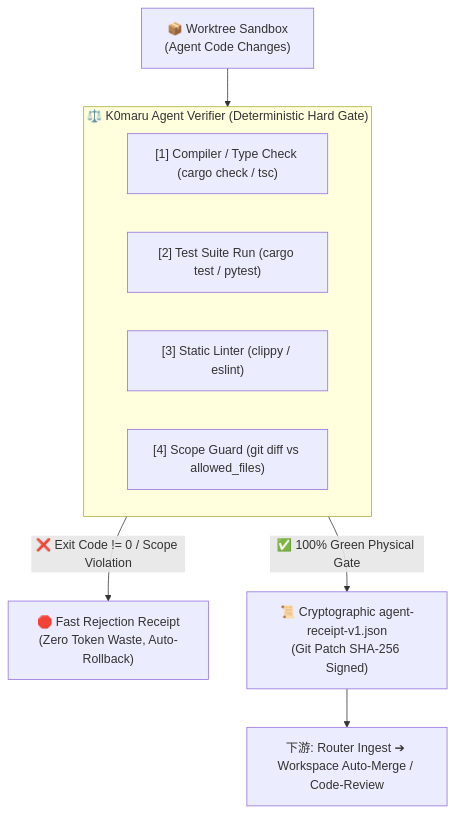
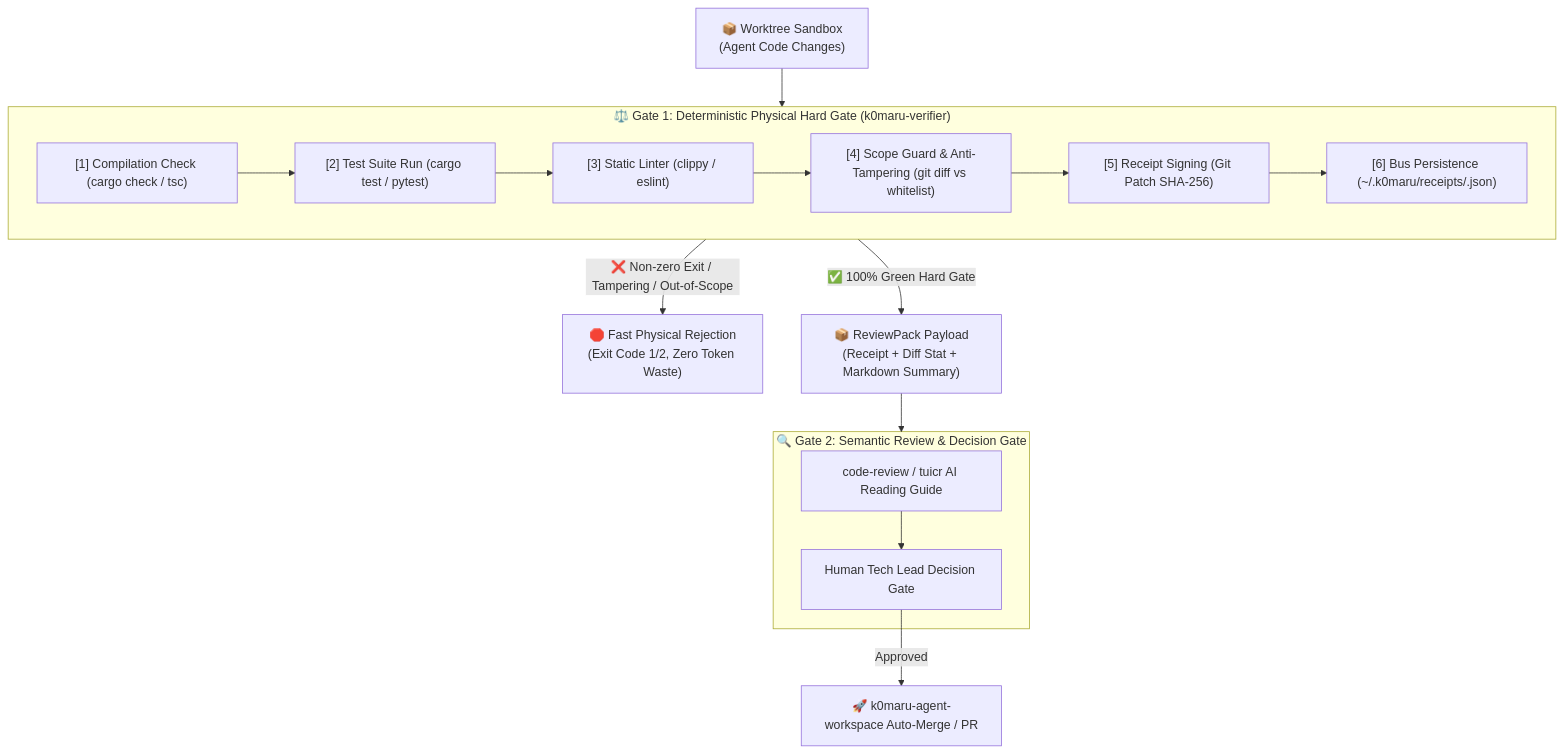
The diagram in README.md (K0maru/k0maru-agent-verifier), drawn with Mermaid before and after one commit. The commit also changed other lines of this file and 2 other files, not shown here.

First line of the commit message:
docs: synchronize READMEs with flattened CLI, ReviewPack, and test oracle gate

````diff
--- a/README.md
+++ b/README.md
@@ -20,16 +26,27 @@
 ```mermaid
 flowchart TD
-    Sandbox["📦 Worktree Sandbox<br/>(Agent Code Changes)"] --> Verifier
+    Sandbox["📦 Worktree Sandbox<br/>(Agent Code Changes)"] --> Gate1
 
-    subgraph Verifier ["⚖️ K0maru Agent Verifier (Deterministic Hard Gate)"]
-        V_Compile["[1] Compiler / Type Check (cargo check / tsc)"]
+    subgraph Gate1 ["⚖️ Gate 1: Deterministic Physical Hard Gate (k0maru-verifier)"]
+        V_Compile["[1] Compilation Check (cargo check / tsc)"]
         V_Test["[2] Test Suite Run (cargo test / pytest)"]
         V_Lint["[3] Static Linter (clippy / eslint)"]
-        V_Scope["[4] Scope Guard (git diff vs allowed_files)"]
+        V_Scope["[4] Scope Guard & Anti-Tampering (git diff vs whitelist)"]
+        V_Sign["[5] Receipt Signing (Git Patch SHA-256)"]
+        V_Persist["[6] Bus Persistence (~/.k0maru/receipts/<task_id>.json)"]
+
+        V_Compile --> V_Test --> V_Lint --> V_Scope --> V_Sign --> V_Persist
     end
 
-    Verifier -- "❌ Exit Code != 0 / Scope Violation" --> Reject["🛑 Fast Rejection Receipt<br/>(Zero Token Waste, Auto-Rollback)"]
-    Verifier -- "✅ 100% Green Physical Gate" --> Pass["📜 Cryptographic agent-receipt-v1.json<br/>(Git Patch SHA-256 Signed)"]
+    Gate1 -- "❌ Non-zero Exit / Tampering / Out-of-Scope" --> Rejection["🛑 Fast Physical Rejection<br/>(Exit Code 1/2, Zero Token Waste)"]
+    Gate1 -- "✅ 100% Green Hard Gate" --> RP["📦 ReviewPack Payload<br/>(Receipt + Diff Stat + Markdown Summary)"]
 
-    Pass --> Downstream["下游: Router Ingest ➔ Workspace Auto-Merge / Code-Review"]
+    subgraph Gate2 ["🔍 Gate 2: Semantic Review & Decision Gate"]
+        Review["code-review / tuicr AI Reading Guide"]
+        Gate["Human Tech Lead Decision Gate"]
+        Review --> Gate
+    end
+
+    RP --> Gate2
+    Gate -->|"Approved"| Merge["🚀 k0maru-agent-workspace Auto-Merge / PR"]
 ```
````
